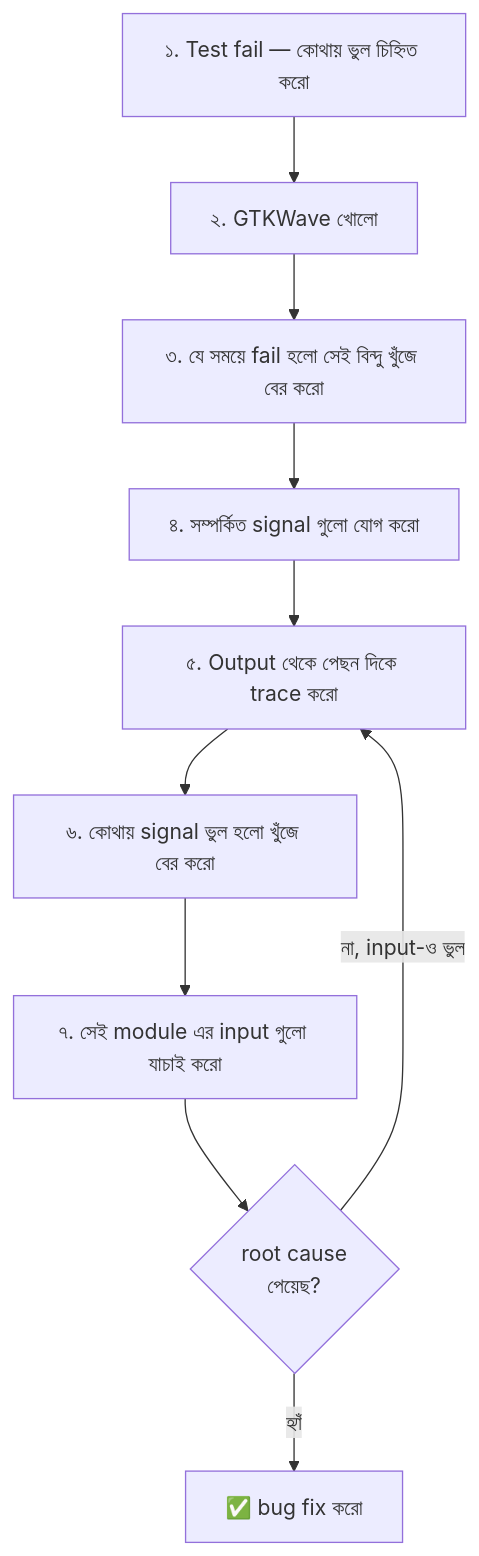
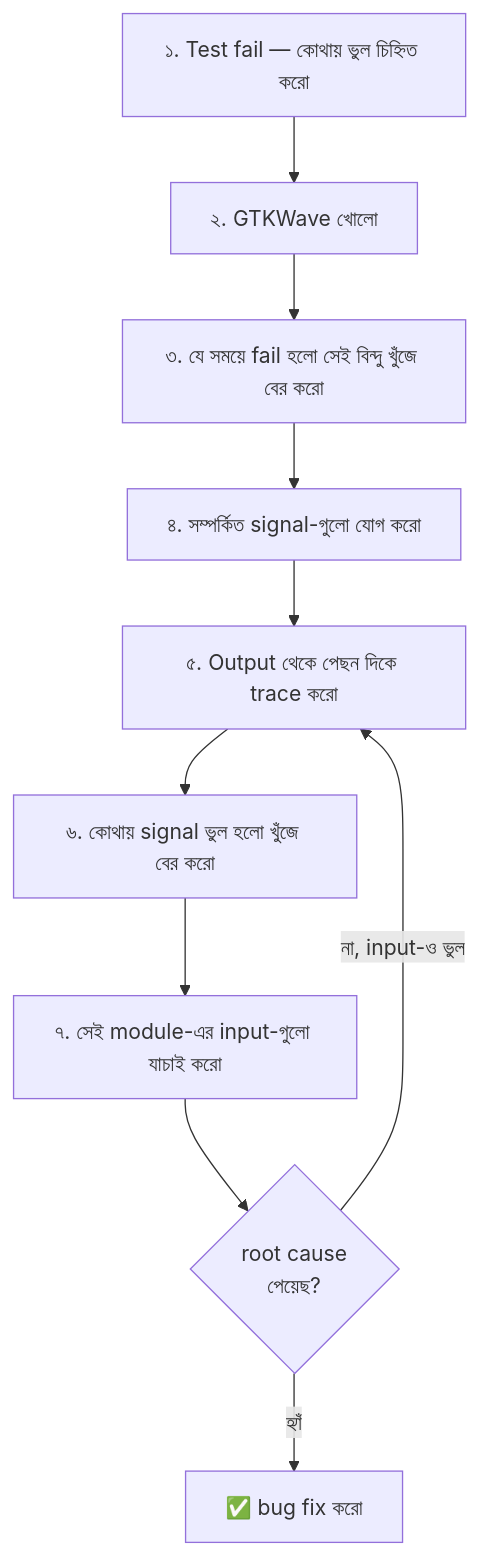
Before and after one commit to akram02/build-your-own-processor: the second of 2 diagrams in chapters/Chapter_07_Testbenches.md, drawn with Mermaid. The commit also changed other lines of this file and 16 other files, not shown here.

````diff
--- a/chapters/Chapter_07_Testbenches.md
+++ b/chapters/Chapter_07_Testbenches.md
@@ -1322,12 +1322,12 @@
 ```mermaid
 flowchart TD
     A["১. Test fail — কোথায় ভুল চিহ্নিত করো"] --> B["২. GTKWave খোলো"]
     B --> C["৩. যে সময়ে fail হলো সেই বিন্দু খুঁজে বের করো"]
-    C --> D["৪. সম্পর্কিত signal গুলো যোগ করো"]
+    C --> D["৪. সম্পর্কিত signal-গুলো যোগ করো"]
     D --> E["৫. Output থেকে পেছন দিকে trace করো"]
     E --> F["৬. কোথায় signal ভুল হলো খুঁজে বের করো"]
-    F --> G["৭. সেই module এর input গুলো যাচাই করো"]
+    F --> G["৭. সেই module-এর input-গুলো যাচাই করো"]
     G --> H{"root cause<br/>পেয়েছ?"}
     H -- "না, input-ও ভুল" --> E
     H -- "হ্যাঁ" --> I["✅ bug fix করো"]
 ```
````
